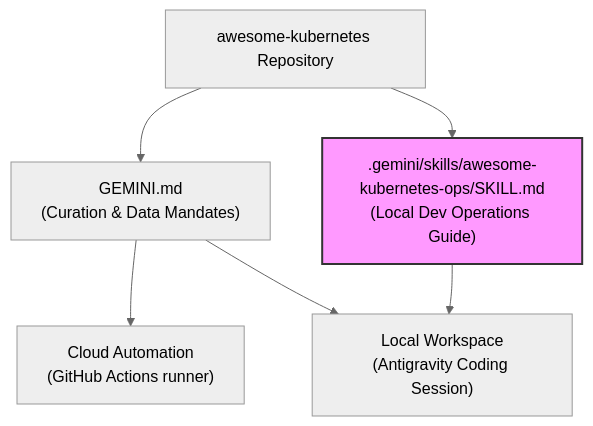
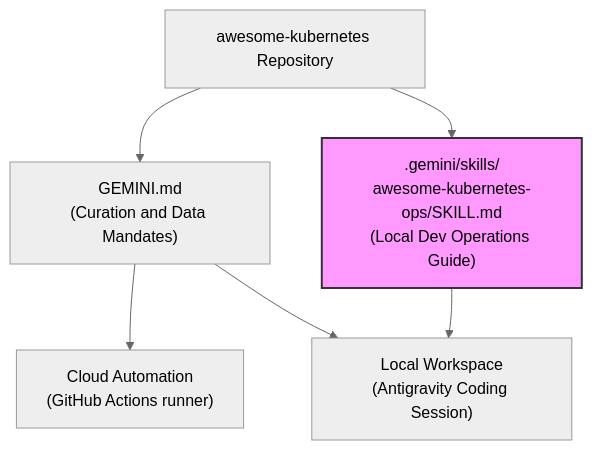
One commit to sec-js/awesome-kubernetes changed the fifth of 14 diagrams in README.md. Above: the diagram before and after it, drawn with Mermaid (neutral theme). The commit also changed other lines of this file, not shown here.

First line of the commit message:
docs(readme): DB architecture + full lifecycle mermaid diagrams, fix label cutoffs, refresh V2 features

````diff
--- a/README.md
+++ b/README.md
@@ -351,11 +351,11 @@
 ```mermaid
 graph TD
-    A["awesome-kubernetes Repository"] --> B["GEMINI.md<br>(Curation & Data Mandates)"]
-    A --> C[".gemini/skills/awesome-kubernetes-ops/SKILL.md<br>(Local Dev Operations Guide)"]
-    
+    A["awesome-kubernetes Repository"] --> B["GEMINI.md<br>(Curation and Data Mandates)"]
+    A --> C[".gemini/skills/<br>awesome-kubernetes-ops/SKILL.md<br>(Local Dev Operations Guide)"]
+
     B --> D["Cloud Automation<br>(GitHub Actions runner)"]
     B --> E["Local Workspace<br>(Antigravity Coding Session)"]
     
     C --> E
     style C fill:#f9f,stroke:#333,stroke-width:2px
 ```
````
